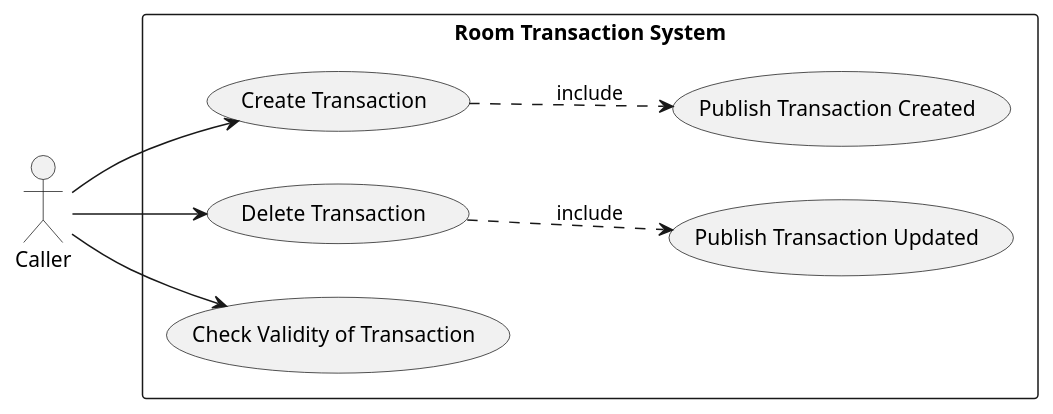
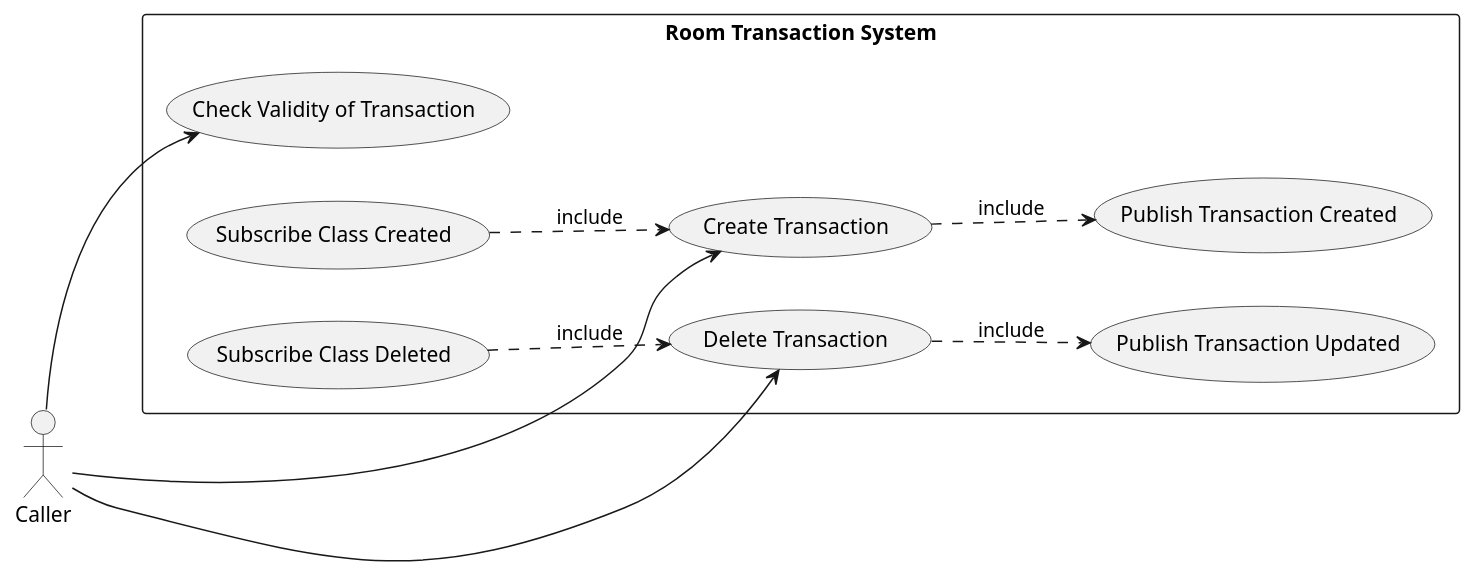
Before and after one commit to fwidjaya20/fazzlearning-uml: the diagram in UseCase/Release02/RoomTransactionSubSystem.wsd, drawn with PlantUML.

Commit message:
usecase: adding Subscribe on ClassCreated and ClassDeleted Subject

```diff
--- a/UseCase/Release02/RoomTransactionSubSystem.wsd
+++ b/UseCase/Release02/RoomTransactionSubSystem.wsd
@@ -1,20 +1,23 @@
 @startuml RoomTransactionSubSystem
 
 left to right direction
 
 skinparam Monochrome true
 skinparam Shadowing false
 skinparam packageStyle rectangle
 
 actor Caller
 
 rectangle "Room Transaction System" {
     (Caller) --> (Create Transaction)
     (Caller) --> (Delete Transaction)
     (Caller) --> (Check Validity of Transaction)
 
     (Create Transaction) ..> (Publish Transaction Created) : include
     (Delete Transaction) ..> (Publish Transaction Updated) : include
+
+    (Subscribe Class Created) ..> (Create Transaction) : include
+    (Subscribe Class Deleted) ..> (Delete Transaction) : include
 }
 
 @enduml
```
